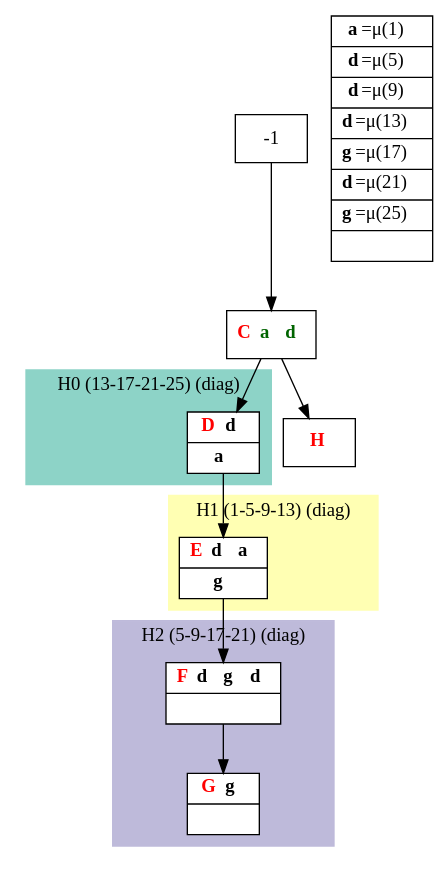
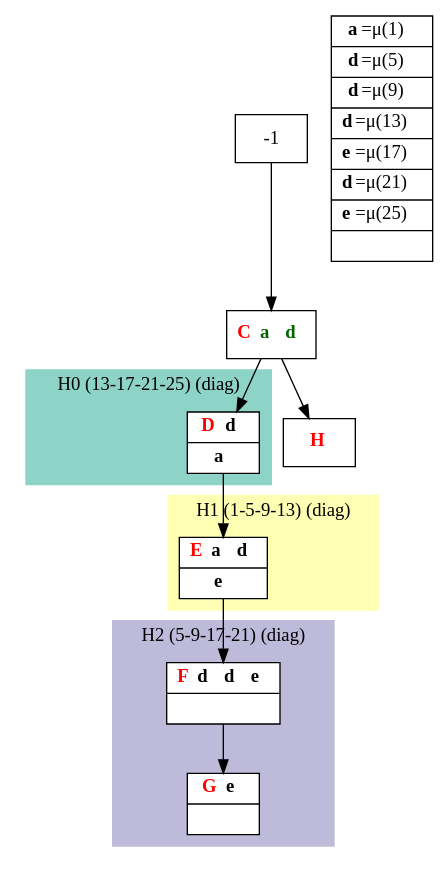
The diagram in results/compact_dot_files/compact_K_letters.dot (bmarchand/auto-dp), drawn with Graphviz before and after one commit. The commit also changed 76 other files, not shown here.

```diff
--- a/results/compact_dot_files/compact_K_letters.dot
+++ b/results/compact_dot_files/compact_K_letters.dot
@@ -1,39 +1,39 @@
 digraph G {
     node [shape=box];
     subgraph cluster0 {
         node [style=filled,fillcolor=white];
         labeljust="l";
         style=filled;
         color="#8DD3C7";
         H0_0;
         label="H0 (13-17-21-25) (diag)";
     }
     subgraph cluster1 {
         node [style=filled,fillcolor=white];
         labeljust="l";
         style=filled;
         color="#FFFFB3";
         H1_0;
         label="H1 (1-5-9-13) (diag)";
     }
     subgraph cluster2 {
         node [style=filled,fillcolor=white];
         labeljust="l";
         style=filled;
         color="#BEBADA";
         H2_0 -> H2_5;
         label="H2 (5-9-17-21) (diag)";
     }
      1 [shape=record,label= <{  <FONT COLOR="RED"><b>C</b></FONT> <b><FONT COLOR="DARKGREEN">a </FONT></b> <b><FONT COLOR="DARKGREEN">d </FONT></b>}> ];
      -1  ->  1;
      H0_0 [shape=record,label= <{  <FONT COLOR="RED"><b>D</b></FONT> <b>d </b>|  <b>a </b>}> ];
      1  ->  H0_0;
-     H1_0 [shape=record,label= <{  <FONT COLOR="RED"><b>E</b></FONT> <b>d </b> <b>a </b>|  <b>g </b>}> ];
+     H1_0 [shape=record,label= <{  <FONT COLOR="RED"><b>E</b></FONT> <b>a </b> <b>d </b>|  <b>e </b>}> ];
      H0_0  ->  H1_0;
-     H2_0 [shape=record,label= <{  <FONT COLOR="RED"><b>F</b></FONT> <b>d </b> <b>g </b> <b>d </b>| }> ];
+     H2_0 [shape=record,label= <{  <FONT COLOR="RED"><b>F</b></FONT> <b>d </b> <b>d </b> <b>e </b>| }> ];
      H1_0  ->  H2_0;
-     H2_5 [shape=record,label= <{  <FONT COLOR="RED"><b>G</b></FONT> <b>g </b>| }> ];
+     H2_5 [shape=record,label= <{  <FONT COLOR="RED"><b>G</b></FONT> <b>e </b>| }> ];
      _1 [shape=record,label= <{  <FONT COLOR="RED"><b>H</b></FONT>}> ];
      1  ->  _1;
-    labels [shape=record,label= <{<b>a</b>=&#956;(1) | <b>d</b>=&#956;(5) | <b>d</b>=&#956;(9) | <b>d</b>=&#956;(13) | <b>g</b>=&#956;(17) | <b>d</b>=&#956;(21) | <b>g</b>=&#956;(25) | }> ];
+    labels [shape=record,label= <{<b>a</b>=&#956;(1) | <b>d</b>=&#956;(5) | <b>d</b>=&#956;(9) | <b>d</b>=&#956;(13) | <b>e</b>=&#956;(17) | <b>d</b>=&#956;(21) | <b>e</b>=&#956;(25) | }> ];
 }
```
